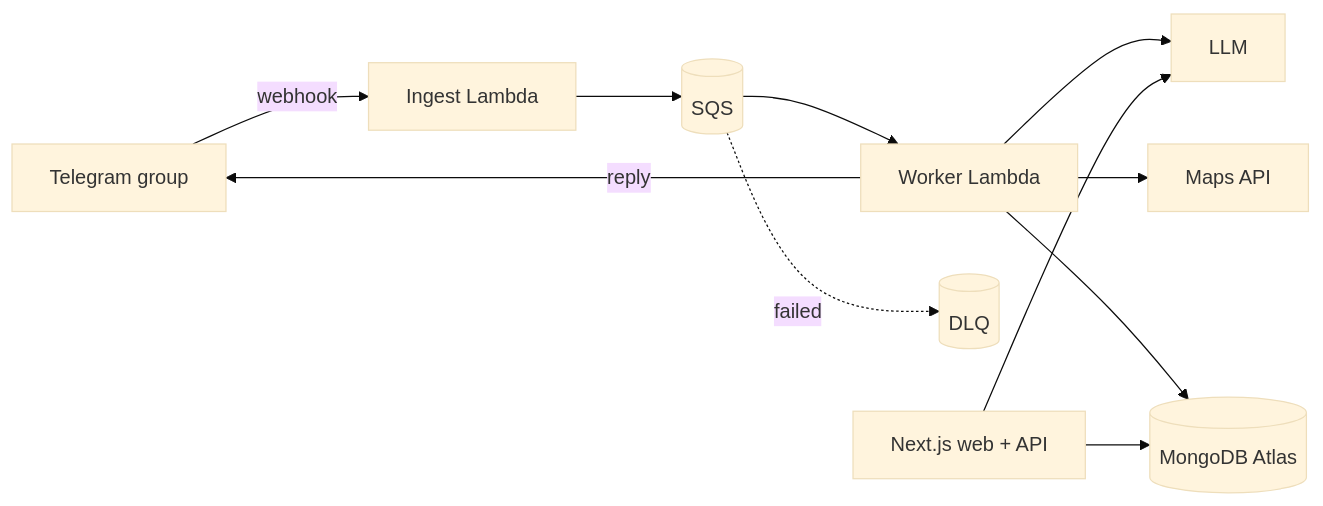
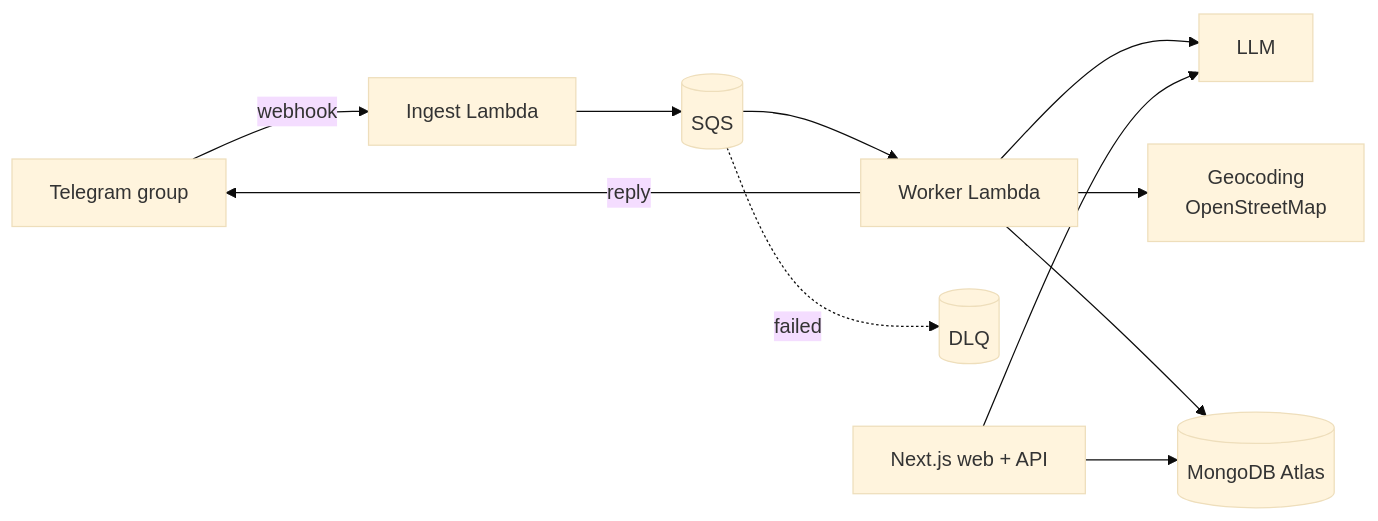
One commit to btrongtin/angiday changed the diagram in README.md. Above: the diagram before and after it, drawn with Mermaid (base theme). The commit also changed other lines of this file and 8 other files, not shown here.

Commit message:
feat/update: update docs flow, remove google map api usage

````diff
--- a/README.md
+++ b/README.md
@@ -22,13 +22,13 @@
 ```mermaid
 flowchart LR
   TG[Telegram group] -->|webhook| IL[Ingest Lambda]
   IL --> Q[(SQS)]
   Q --> WL[Worker Lambda]
   Q -.failed.-> DLQ[(DLQ)]
   WL --> LLM[LLM]
-  WL --> MAPS[Maps API]
+  WL --> GEO[Geocoding<br/>OpenStreetMap]
   WL --> DB[(MongoDB Atlas)]
   WL -->|reply| TG
   WEB[Next.js web + API] --> DB
   WEB --> LLM
 ```
````
